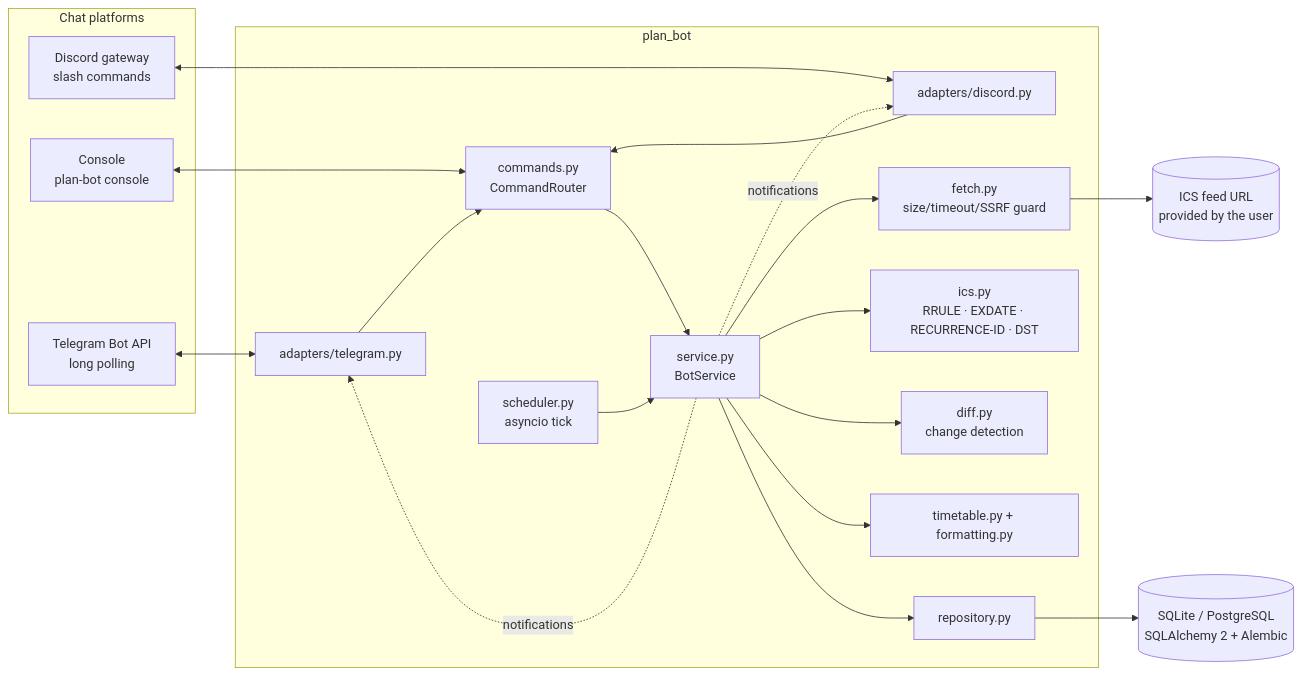
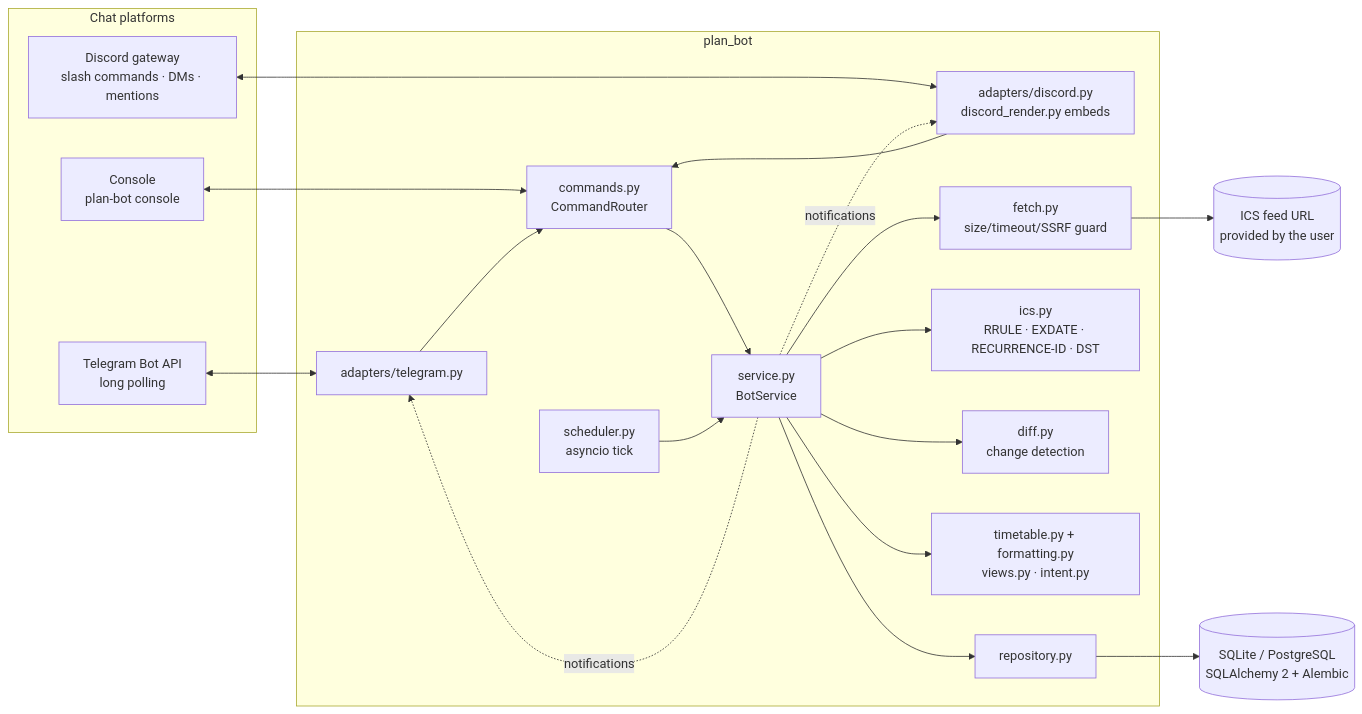
The diagram in README.md (MaciejZiel/plan-bot), drawn with Mermaid before and after one commit. The commit also changed other lines of this file and 1 other file, not shown here.

Commit message:
Document the Discord-first flow: try-it transcript, design decisions, intents, invite URL

````diff
--- a/README.md
+++ b/README.md
@@ -87,37 +131,37 @@
 ```mermaid
 flowchart LR
     subgraph Chat platforms
         TG[Telegram Bot API<br/>long polling]
-        DC[Discord gateway<br/>slash commands]
+        DC[Discord gateway<br/>slash commands · DMs · mentions]
         CLI[Console<br/>plan-bot console]
     end
     subgraph plan_bot
         TA[adapters/telegram.py]
-        DA[adapters/discord.py]
+        DA[adapters/discord.py<br/>discord_render.py embeds]
         R[commands.py<br/>CommandRouter]
         S[service.py<br/>BotService]
         SCH[scheduler.py<br/>asyncio tick]
         F[fetch.py<br/>size/timeout/SSRF guard]
         I[ics.py<br/>RRULE · EXDATE · RECURRENCE-ID · DST]
         D[diff.py<br/>change detection]
-        T[timetable.py + formatting.py]
+        T[timetable.py + formatting.py<br/>views.py · intent.py]
         REPO[repository.py]
     end
     DB[(SQLite / PostgreSQL<br/>SQLAlchemy 2 + Alembic)]
     ICS[(ICS feed URL<br/>provided by the user)]
 
     TG <--> TA
     DC <--> DA
     CLI <--> R
     TA --> R
     DA --> R
     R --> S
     SCH --> S
     S --> F --> ICS
     S --> I
     S --> D
     S --> T
     S --> REPO --> DB
     S -. notifications .-> TA
     S -. notifications .-> DA
 ```
````
